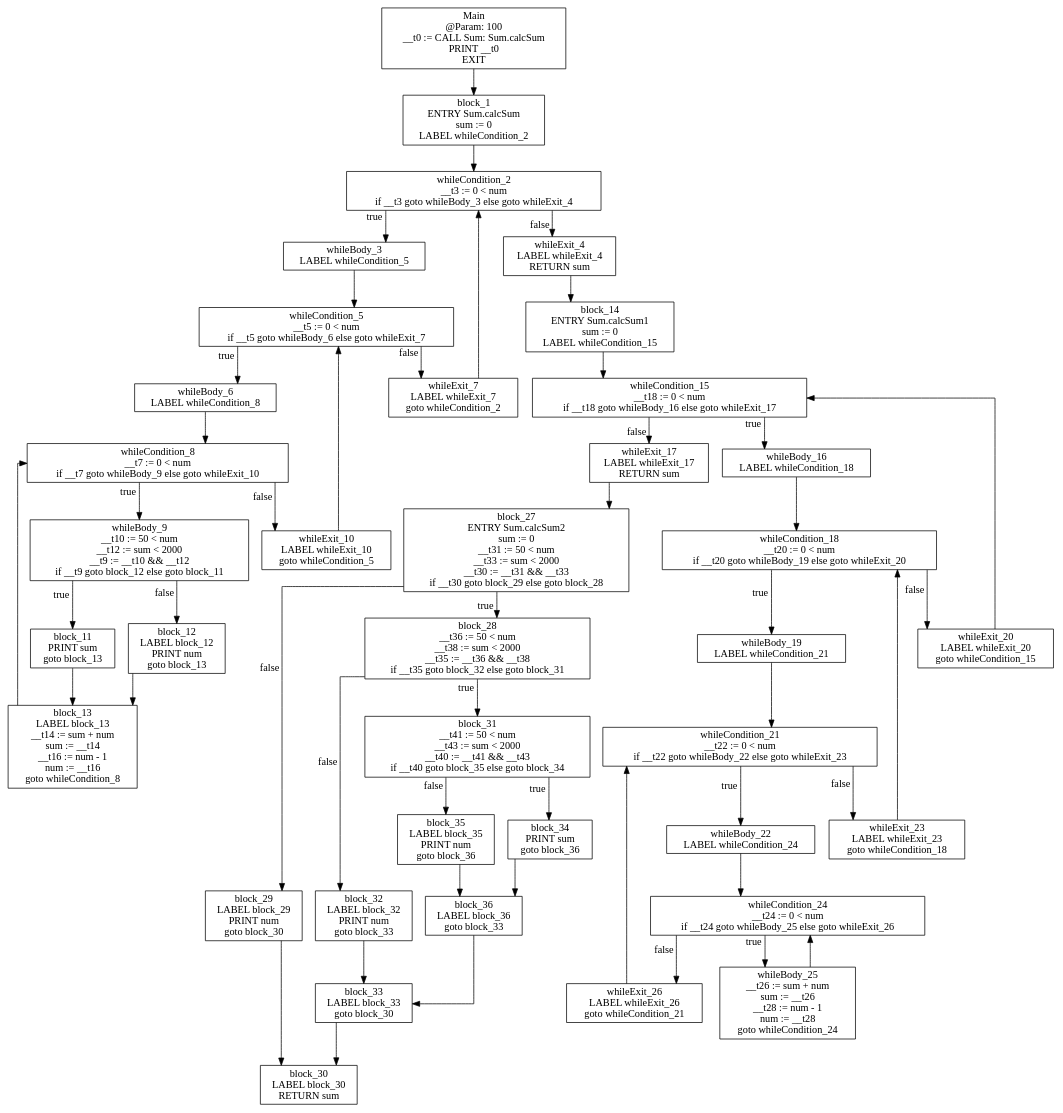
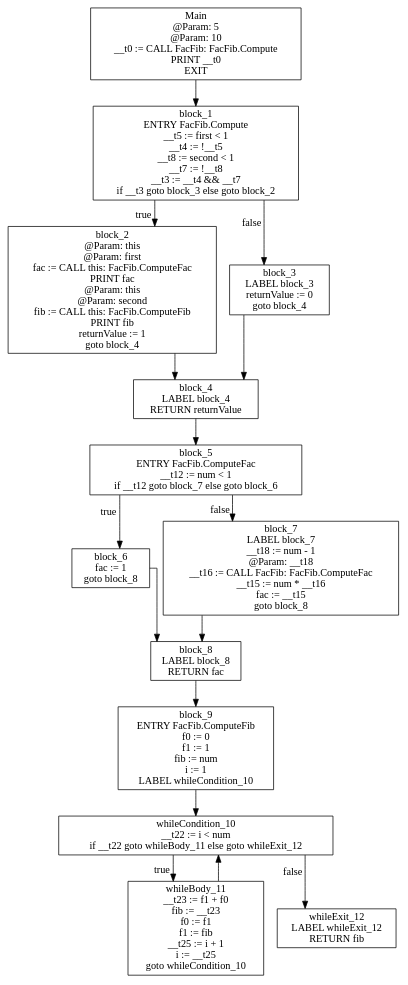
The diagram in assignment_1/getting_started/cfg.dot (AIlhomov/Flex), drawn with Graphviz before and after one commit. The commit also changed 9 other files, not shown here.

```diff
--- a/assignment_1/getting_started/cfg.dot
+++ b/assignment_1/getting_started/cfg.dot
@@ -1,88 +1,32 @@
 digraph CFG {
 graph [splines=ortho];
 node [shape=box];
 Main -> block_1;
-Main [label="Main\n @Param: 100\n__t0 := CALL Sum: Sum.calcSum\nPRINT __t0\nEXIT\n"];
-block_1 -> whileCondition_2;
-block_1 [label="block_1\nENTRY Sum.calcSum\nsum := 0\nLABEL whileCondition_2\n"];
-whileCondition_2 -> whileBody_3 [xlabel="true"];
-whileCondition_2 -> whileExit_4 [xlabel="false"];
-whileCondition_2 [label="whileCondition_2\n__t3 := 0 < num\nif __t3 goto whileBody_3 else goto whileExit_4\n"];
-whileBody_3 -> whileCondition_5;
-whileBody_3 [label="whileBody_3\nLABEL whileCondition_5\n"];
-whileExit_4 -> block_14;
-whileExit_4 [label="whileExit_4\nLABEL whileExit_4\nRETURN sum\n"];
-whileCondition_5 -> whileBody_6 [xlabel="true"];
-whileCondition_5 -> whileExit_7 [xlabel="false"];
-whileCondition_5 [label="whileCondition_5\n__t5 := 0 < num\nif __t5 goto whileBody_6 else goto whileExit_7\n"];
-whileBody_6 -> whileCondition_8;
-whileBody_6 [label="whileBody_6\nLABEL whileCondition_8\n"];
-whileExit_7 -> whileCondition_2;
-whileExit_7 [label="whileExit_7\nLABEL whileExit_7\ngoto whileCondition_2\n"];
-whileCondition_8 -> whileBody_9 [xlabel="true"];
-whileCondition_8 -> whileExit_10 [xlabel="false"];
-whileCondition_8 [label="whileCondition_8\n__t7 := 0 < num\nif __t7 goto whileBody_9 else goto whileExit_10\n"];
-whileBody_9 -> block_11 [xlabel="true"];
-whileBody_9 -> block_12 [xlabel="false"];
-whileBody_9 [label="whileBody_9\n__t10 := 50 < num\n__t12 := sum < 2000\n__t9 := __t10 && __t12\nif __t9 goto block_12 else goto block_11\n"];
-whileExit_10 -> whileCondition_5;
-whileExit_10 [label="whileExit_10\nLABEL whileExit_10\ngoto whileCondition_5\n"];
-block_11 -> block_13;
-block_11 [label="block_11\nPRINT sum\ngoto block_13\n"];
-block_12 -> block_13;
-block_12 [label="block_12\nLABEL block_12\nPRINT num\ngoto block_13\n"];
-block_13 -> whileCondition_8;
-block_13 [label="block_13\nLABEL block_13\n__t14 := sum + num\nsum := __t14\n__t16 := num - 1\nnum := __t16\ngoto whileCondition_8\n"];
-block_14 -> whileCondition_15;
-block_14 [label="block_14\nENTRY Sum.calcSum1\nsum := 0\nLABEL whileCondition_15\n"];
-whileCondition_15 -> whileBody_16 [xlabel="true"];
-whileCondition_15 -> whileExit_17 [xlabel="false"];
-whileCondition_15 [label="whileCondition_15\n__t18 := 0 < num\nif __t18 goto whileBody_16 else goto whileExit_17\n"];
-whileBody_16 -> whileCondition_18;
-whileBody_16 [label="whileBody_16\nLABEL whileCondition_18\n"];
-whileExit_17 -> block_27;
-whileExit_17 [label="whileExit_17\nLABEL whileExit_17\nRETURN sum\n"];
-whileCondition_18 -> whileBody_19 [xlabel="true"];
-whileCondition_18 -> whileExit_20 [xlabel="false"];
-whileCondition_18 [label="whileCondition_18\n__t20 := 0 < num\nif __t20 goto whileBody_19 else goto whileExit_20\n"];
-whileBody_19 -> whileCondition_21;
-whileBody_19 [label="whileBody_19\nLABEL whileCondition_21\n"];
-whileExit_20 -> whileCondition_15;
-whileExit_20 [label="whileExit_20\nLABEL whileExit_20\ngoto whileCondition_15\n"];
-whileCondition_21 -> whileBody_22 [xlabel="true"];
-whileCondition_21 -> whileExit_23 [xlabel="false"];
-whileCondition_21 [label="whileCondition_21\n__t22 := 0 < num\nif __t22 goto whileBody_22 else goto whileExit_23\n"];
-whileBody_22 -> whileCondition_24;
-whileBody_22 [label="whileBody_22\nLABEL whileCondition_24\n"];
-whileExit_23 -> whileCondition_18;
-whileExit_23 [label="whileExit_23\nLABEL whileExit_23\ngoto whileCondition_18\n"];
-whileCondition_24 -> whileBody_25 [xlabel="true"];
-whileCondition_24 -> whileExit_26 [xlabel="false"];
-whileCondition_24 [label="whileCondition_24\n__t24 := 0 < num\nif __t24 goto whileBody_25 else goto whileExit_26\n"];
-whileBody_25 -> whileCondition_24;
-whileBody_25 [label="whileBody_25\n__t26 := sum + num\nsum := __t26\n__t28 := num - 1\nnum := __t28\ngoto whileCondition_24\n"];
-whileExit_26 -> whileCondition_21;
-whileExit_26 [label="whileExit_26\nLABEL whileExit_26\ngoto whileCondition_21\n"];
-block_27 -> block_28 [xlabel="true"];
-block_27 -> block_29 [xlabel="false"];
-block_27 [label="block_27\nENTRY Sum.calcSum2\nsum := 0\n__t31 := 50 < num\n__t33 := sum < 2000\n__t30 := __t31 && __t33\nif __t30 goto block_29 else goto block_28\n"];
-block_28 -> block_31 [xlabel="true"];
-block_28 -> block_32 [xlabel="false"];
-block_28 [label="block_28\n__t36 := 50 < num\n__t38 := sum < 2000\n__t35 := __t36 && __t38\nif __t35 goto block_32 else goto block_31\n"];
-block_29 -> block_30;
-block_29 [label="block_29\nLABEL block_29\nPRINT num\ngoto block_30\n"];
-block_30 [label="block_30\nLABEL block_30\nRETURN sum\n"];
-block_31 -> block_34 [xlabel="true"];
-block_31 -> block_35 [xlabel="false"];
-block_31 [label="block_31\n__t41 := 50 < num\n__t43 := sum < 2000\n__t40 := __t41 && __t43\nif __t40 goto block_35 else goto block_34\n"];
-block_32 -> block_33;
-block_32 [label="block_32\nLABEL block_32\nPRINT num\ngoto block_33\n"];
-block_33 -> block_30;
-block_33 [label="block_33\nLABEL block_33\ngoto block_30\n"];
-block_34 -> block_36;
-block_34 [label="block_34\nPRINT sum\ngoto block_36\n"];
-block_35 -> block_36;
-block_35 [label="block_35\nLABEL block_35\nPRINT num\ngoto block_36\n"];
-block_36 -> block_33;
-block_36 [label="block_36\nLABEL block_36\ngoto block_33\n"];
+Main [label="Main\n @Param: 5\n @Param: 10\n__t0 := CALL FacFib: FacFib.Compute\nPRINT __t0\nEXIT\n"];
+block_1 -> block_2 [xlabel="true"];
+block_1 -> block_3 [xlabel="false"];
+block_1 [label="block_1\nENTRY FacFib.Compute\n__t5 := first < 1\n__t4 := !__t5\n__t8 := second < 1\n__t7 := !__t8\n__t3 := __t4 && __t7\nif __t3 goto block_3 else goto block_2\n"];
+block_2 -> block_4;
+block_2 [label="block_2\n @Param: this\n @Param: first\nfac := CALL this: FacFib.ComputeFac\nPRINT fac\n @Param: this\n @Param: second\nfib := CALL this: FacFib.ComputeFib\nPRINT fib\nreturnValue := 1\ngoto block_4\n"];
+block_3 -> block_4;
+block_3 [label="block_3\nLABEL block_3\nreturnValue := 0\ngoto block_4\n"];
+block_4 -> block_5;
+block_4 [label="block_4\nLABEL block_4\nRETURN returnValue\n"];
+block_5 -> block_6 [xlabel="true"];
+block_5 -> block_7 [xlabel="false"];
+block_5 [label="block_5\nENTRY FacFib.ComputeFac\n__t12 := num < 1\nif __t12 goto block_7 else goto block_6\n"];
+block_6 -> block_8;
+block_6 [label="block_6\nfac := 1\ngoto block_8\n"];
+block_7 -> block_8;
+block_7 [label="block_7\nLABEL block_7\n__t18 := num - 1\n @Param: __t18\n__t16 := CALL FacFib: FacFib.ComputeFac\n__t15 := num * __t16\nfac := __t15\ngoto block_8\n"];
+block_8 -> block_9;
+block_8 [label="block_8\nLABEL block_8\nRETURN fac\n"];
+block_9 -> whileCondition_10;
+block_9 [label="block_9\nENTRY FacFib.ComputeFib\nf0 := 0\nf1 := 1\nfib := num\ni := 1\nLABEL whileCondition_10\n"];
+whileCondition_10 -> whileBody_11 [xlabel="true"];
+whileCondition_10 -> whileExit_12 [xlabel="false"];
+whileCondition_10 [label="whileCondition_10\n__t22 := i < num\nif __t22 goto whileBody_11 else goto whileExit_12\n"];
+whileBody_11 -> whileCondition_10;
+whileBody_11 [label="whileBody_11\n__t23 := f1 + f0\nfib := __t23\nf0 := f1\nf1 := fib\n__t25 := i + 1\ni := __t25\ngoto whileCondition_10\n"];
+whileExit_12 [label="whileExit_12\nLABEL whileExit_12\nRETURN fib\n"];
 }
```
